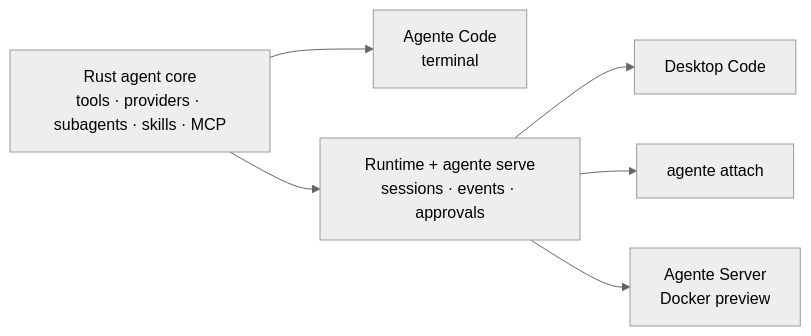
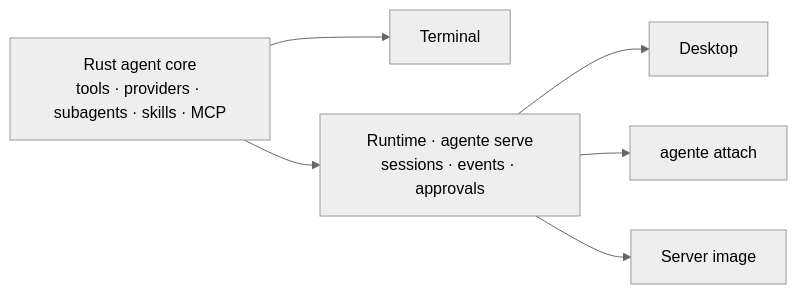
Before and after one commit to fabricio3g/AgenteCode: the diagram in README.md, drawn with Mermaid (neutral theme). The commit also changed other lines of this file and 4 other files, not shown here.

First line of the commit message:
Rewrite the README around Agente Code

````diff
--- a/README.md
+++ b/README.md
@@ -219,8 +221,8 @@
 ```mermaid
 flowchart LR
-  core["Rust agent core<br/>tools · providers · subagents · skills · MCP"] --> tui["Agente Code<br/>terminal"]
-  core --> runtime["Runtime + agente serve<br/>sessions · events · approvals"]
-  runtime --> desktop["Desktop Code"]
+  core["Rust agent core<br/>tools · providers · subagents · skills · MCP"] --> tui["Terminal"]
+  core --> runtime["Runtime · agente serve<br/>sessions · events · approvals"]
+  runtime --> desktop["Desktop"]
   runtime --> attach["agente attach"]
-  runtime --> server["Agente Server<br/>Docker preview"]
+  runtime --> server["Server image"]
 ```
````
